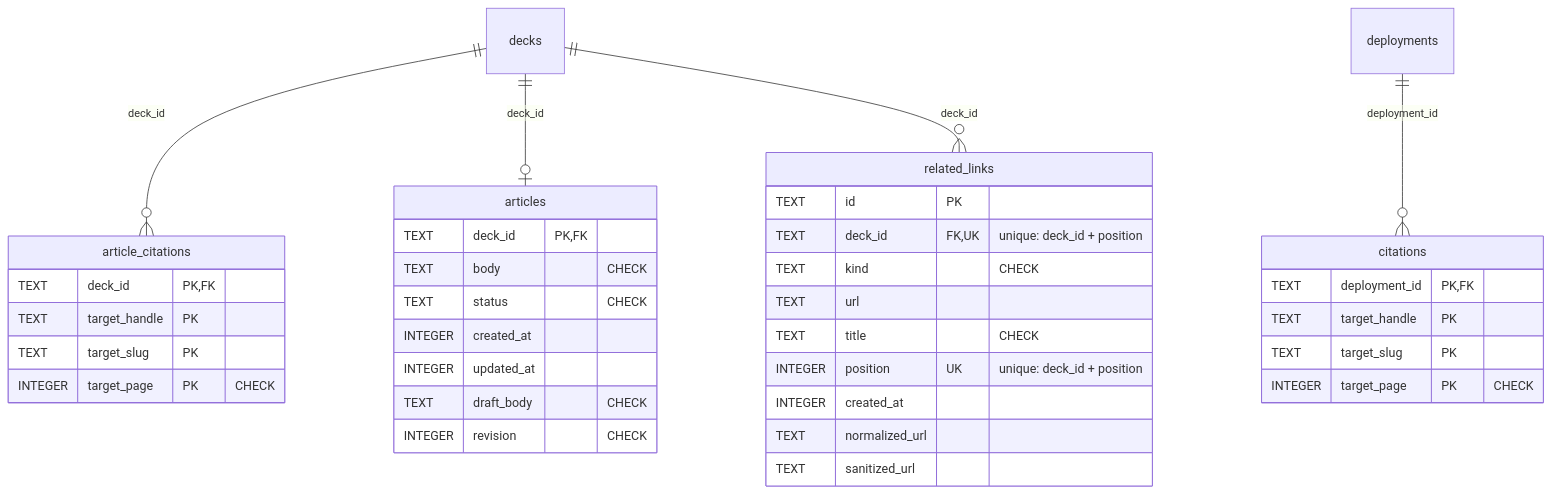
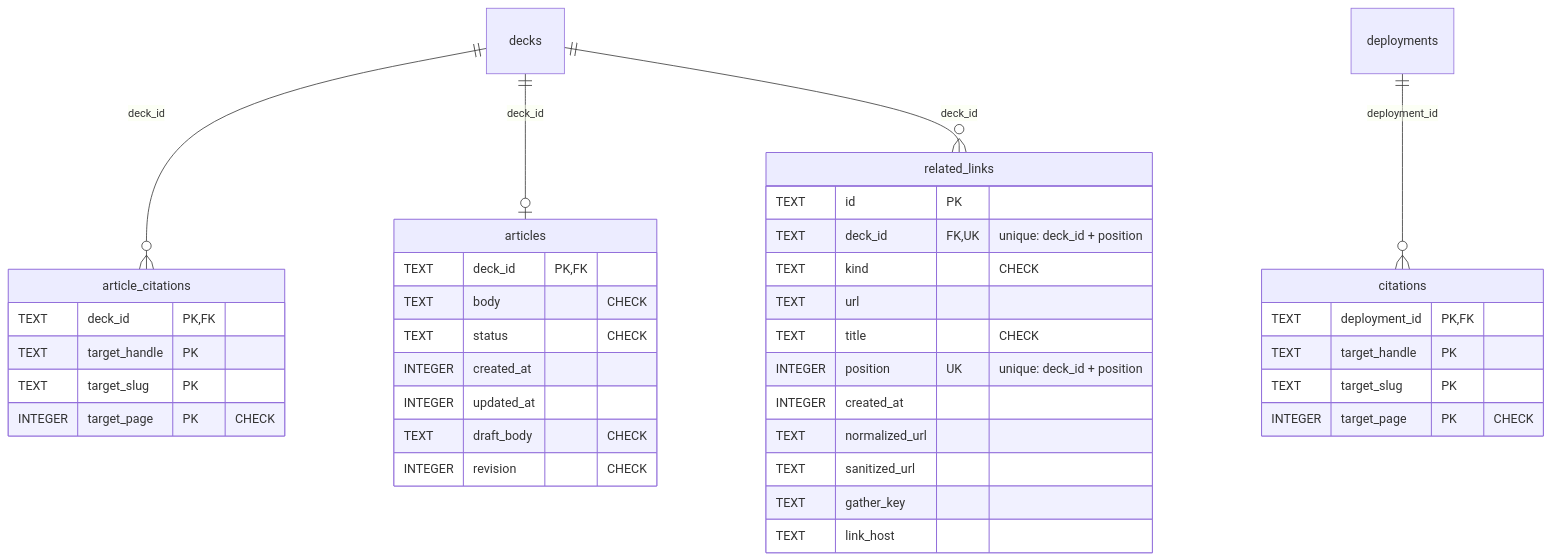
Before and after one commit to piconic-ai/slide: the seventh of 15 diagrams in docs/dev/er-diagram.md, drawn with Mermaid. The commit also changed 4 other files, not shown here.

First line of the commit message:
Add the gathering key and the written host to related links

````diff
--- a/docs/dev/er-diagram.md
+++ b/docs/dev/er-diagram.md
@@ -400,41 +400,43 @@
 ```mermaid
 erDiagram
     article_citations {
         TEXT deck_id PK, FK
         TEXT target_handle PK
         TEXT target_slug PK
         INTEGER target_page PK "CHECK"
     }
     articles {
         TEXT deck_id PK, FK
         TEXT body "CHECK"
         TEXT status "CHECK"
         INTEGER created_at
         INTEGER updated_at
         TEXT draft_body "CHECK"
         INTEGER revision "CHECK"
     }
     citations {
         TEXT deployment_id PK, FK
         TEXT target_handle PK
         TEXT target_slug PK
         INTEGER target_page PK "CHECK"
     }
     related_links {
         TEXT id PK
         TEXT deck_id FK, UK "unique: deck_id + position"
         TEXT kind "CHECK"
         TEXT url
         TEXT title "CHECK"
         INTEGER position UK "unique: deck_id + position"
         INTEGER created_at
         TEXT normalized_url
         TEXT sanitized_url
+        TEXT gather_key
+        TEXT link_host
     }
     decks
     deployments
     decks ||--o{ article_citations : "deck_id"
     decks ||--o| articles : "deck_id"
     deployments ||--o{ citations : "deployment_id"
     decks ||--o{ related_links : "deck_id"
 ```
````
